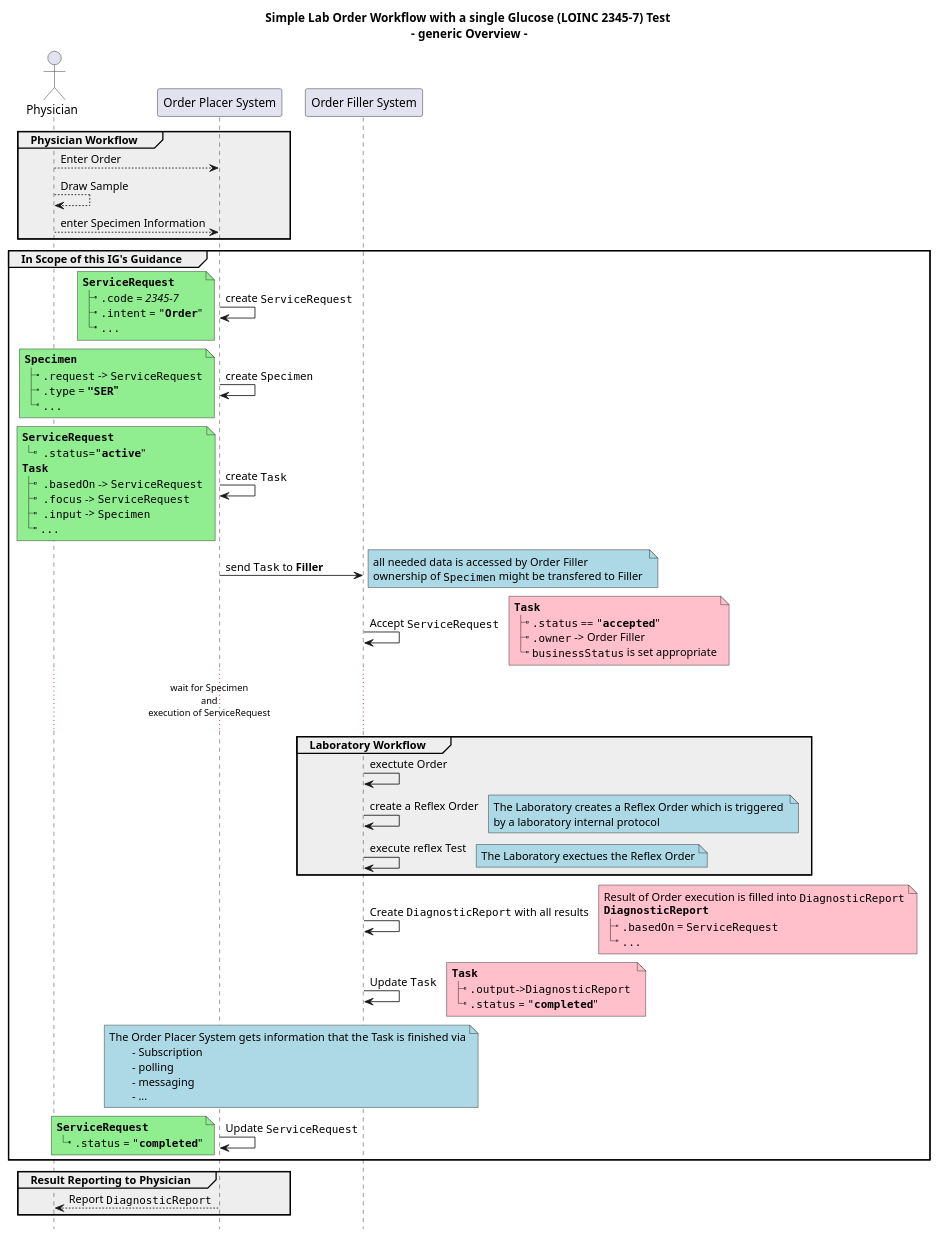
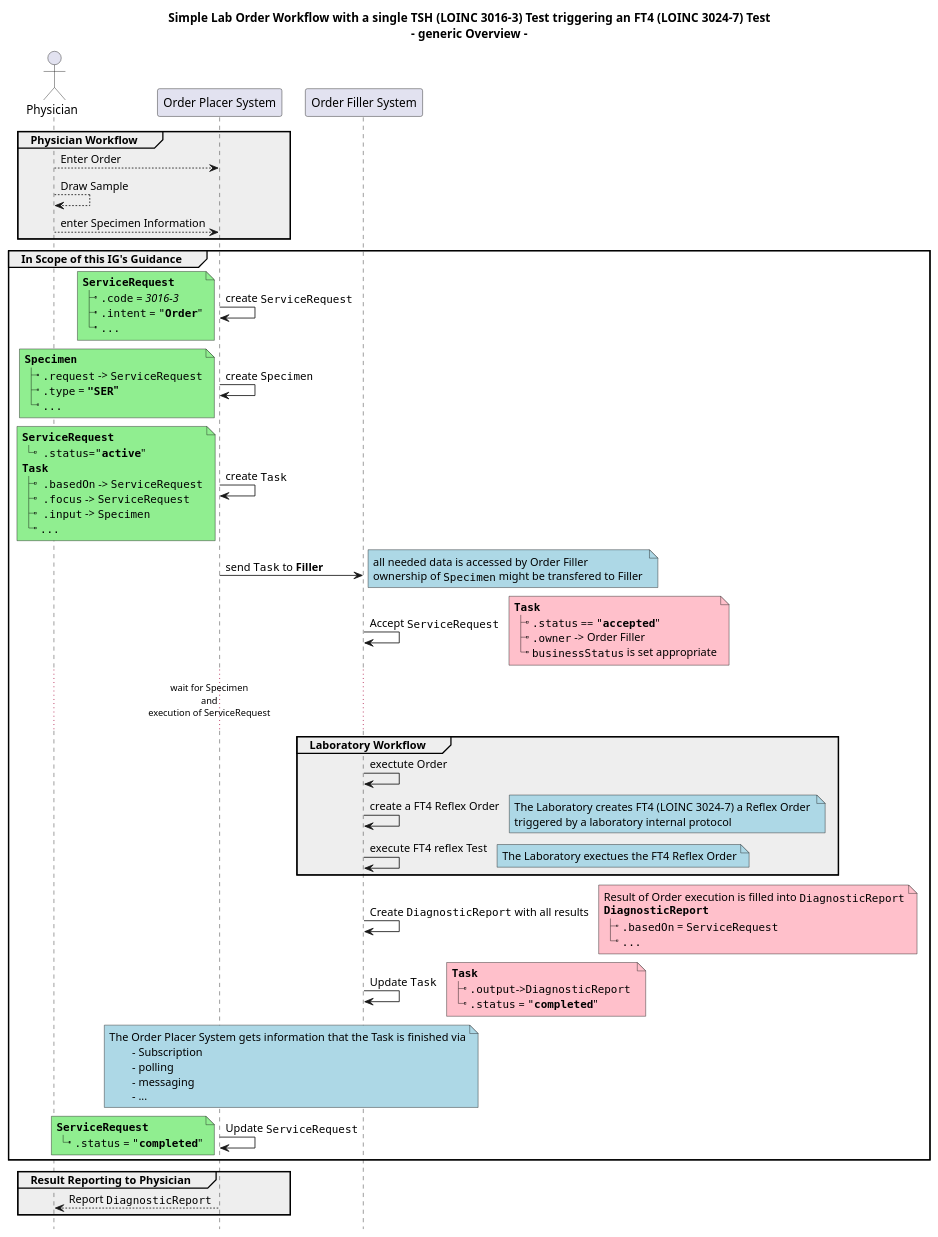
The diagram in input/images-source/ex3-lab-order-flow-reflex-initiated-lab.plantuml (HL7/fhir-cow-ig), drawn with PlantUML before and after one commit.

Commit message:
Update ex3-lab-order-flow-reflex-initiated-lab.plantuml
Changed to TSH triggering an FT4 Test.

```diff
--- a/input/images-source/ex3-lab-order-flow-reflex-initiated-lab.plantuml
+++ b/input/images-source/ex3-lab-order-flow-reflex-initiated-lab.plantuml
@@ -1,129 +1,130 @@
 @startuml
 
 'skinparam sequenceMessageAlign center
 title 
-	Simple Lab Order Workflow with a single Glucose (LOINC 2345-7) Test 
+	Simple Lab Order Workflow with a single TSH (LOINC 3016-3) Test triggering an FT4 (LOINC 3024-7) Test
 	- generic Overview -
 end title
 hide footbox
 
 'note across #turquoise
 '	**Assumptions:**
 '	- Physician knows which Specimen to draw (i.e. via an Order Catalog)
 '	- Specimen is drawn at the Physician office
 '	- It is clear which Order Filler will execute the Order
 '	- ""ServiceRequest"" is owned by the Order Placer; changes are allowed only to be done by Placer
 '	- ""Task"" is a shared resource of Placer and Filler and updated by both
 '	- Order Result is reported via ""DiagnosticReport""
 '	- ""DiagnosticReport"" is owned by the Order Filler
 '	- Order is accepted and is fulfilled 
 '	- Lab internal flow is **out of scope**
 '	- All needed data is accessible
 '	**Not defined**
 '	- Ownership of Specimen Resource (Ownership should/could/might change with the physical location)
 'end note
 
 actor Physician as Doc
 participant "Order Placer System" as Placer
 participant "Order Filler System" as Filler
 
 group #eee Physician Workflow 
 	Doc --> Placer: Enter Order
 	Doc --> Doc: Draw Sample
 	Doc --> Placer: enter Specimen Information
 end
 
+
 group In Scope of this IG's Guidance
 	
 	Placer -> Placer: create ""ServiceRequest"" 
 	note left #lightgreen
 		**""ServiceRequest""**
-		|_ "".code"" = //2345-7//
+		|_ "".code"" = //3016-3//
 		|_ "".intent"" = """**Order**"""
 		|_ ""...""
 	end note
 	
 	Placer -> Placer: create ""Specimen"" 
 	note left #lightgreen
 		**""Specimen""**
 		|_ "".request"" -> ""ServiceRequest""
 		|_ "".type"" = **"""SER"""**
 		|_ ""...""
 	end note
 	
 	Placer -> Placer: create ""Task"" 
 	note left #lightgreen
 		**""ServiceRequest""**
 		|_  "".status""="""**active**"""
 		**""Task""**
 		|_  "".basedOn"" -> ""ServiceRequest""
 		|_  "".focus"" -> ""ServiceRequest""
 		|_  "".input"" -> ""Specimen""
 		|_ ""...""
 	end note 
 	
 	Placer -> Filler: send ""Task"" to **Filler** 
 	note right #lightblue
 		all needed data is accessed by Order Filler
 		ownership of ""Specimen"" might be transfered to Filler 
 	end note
 	
 	Filler -> Filler: Accept ""ServiceRequest"" 
 	note right #pink
 		**""Task""**
 		|_ "".status"" == """**accepted**"""
 		|_ "".owner"" -> Order Filler
 		|_ ""businessStatus"" is set appropriate
 	end note
 	
 	... wait for Specimen \nand\nexecution of ServiceRequest... 
 	
 	group #eee Laboratory Workflow
 	
 		Filler -> Filler: exectute Order
-		Filler -> Filler: create a Reflex Order
+		Filler -> Filler: create a FT4 Reflex Order 
 		note right #lightblue
-			The Laboratory creates a Reflex Order which is triggered 
-			by a laboratory internal protocol
+			The Laboratory creates FT4 (LOINC 3024-7) a Reflex Order 
+			triggered by a laboratory internal protocol
 		end note
 
-		Filler -> Filler: execute reflex Test
+		Filler -> Filler: execute FT4 reflex Test
 		note right #lightblue
-			The Laboratory exectues the Reflex Order
+			The Laboratory exectues the FT4 Reflex Order
 		end note
 	end
 	
 	Filler -> Filler: Create ""DiagnosticReport"" with all results
 	note right #pink
 		Result of Order execution is filled into ""DiagnosticReport""
 		**""DiagnosticReport""**
 		|_ "".basedOn"" = ""ServiceRequest""
 		|_ ""...""
 	end note
 	
 	Filler -> Filler: Update ""Task""
 	note right #pink
 		**""Task""**
 		|_ "".output""->""DiagnosticReport"" 
 		|_ "".status"" = """**completed**"""
 	end note
 	
 	note over Placer, Filler #lightblue
 		The Order Placer System gets information that the Task is finished via
 			- Subscription
 			- polling
 			- messaging
 			- ...
 	end note
 	
 	Placer -> Placer: Update ""ServiceRequest"" 
 	note left #lightgreen
 		**""ServiceRequest""**
 		|_ "".status"" = """**completed**"""
 	end note
 end
 
 group #eee Result Reporting to Physician
 	Placer --> Doc: Report ""DiagnosticReport""
 end
 @enduml
```
